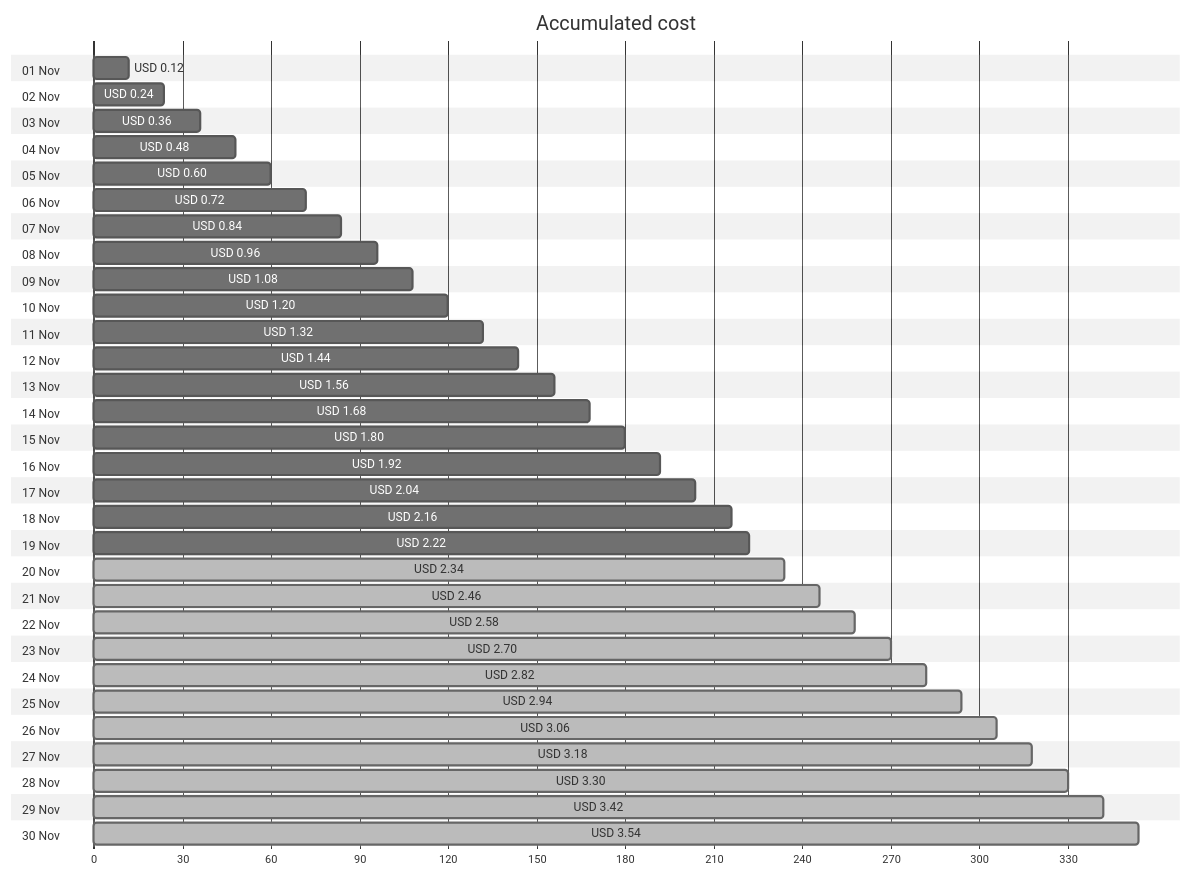
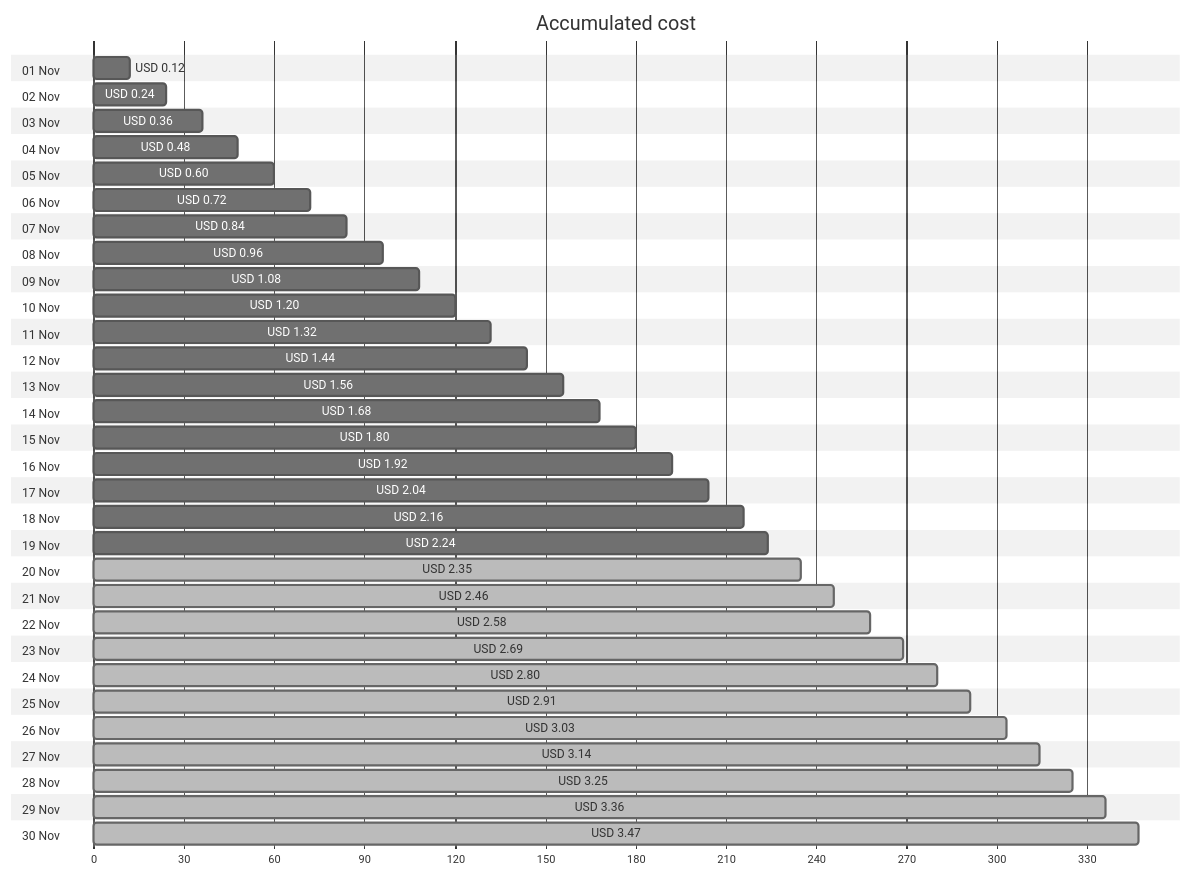
One commit to jpfulton/azure-personal-reports changed the first of 4 diagrams in cost-reports/personal-network/backup-server-public-ip.md. Above: the diagram before and after it, drawn with Mermaid (neutral theme). The commit also changed other lines of this file and 8 other files, not shown here.

````diff
--- a/cost-reports/personal-network/backup-server-public-ip.md
+++ b/cost-reports/personal-network/backup-server-public-ip.md
@@ -20,66 +20,66 @@
 ```mermaid
 gantt
    title Accumulated cost
    dateFormat  X
    axisFormat %s
    section 01 Nov
    USD 0.12 :0, 12
    section 02 Nov
    USD 0.24 :0, 24
    section 03 Nov
    USD 0.36 :0, 36
    section 04 Nov
    USD 0.48 :0, 48
    section 05 Nov
    USD 0.60 :0, 60
    section 06 Nov
    USD 0.72 :0, 72
    section 07 Nov
    USD 0.84 :0, 84
    section 08 Nov
    USD 0.96 :0, 96
    section 09 Nov
    USD 1.08 :0, 108
    section 10 Nov
    USD 1.20 :0, 120
    section 11 Nov
    USD 1.32 :0, 132
    section 12 Nov
    USD 1.44 :0, 144
    section 13 Nov
    USD 1.56 :0, 156
    section 14 Nov
    USD 1.68 :0, 168
    section 15 Nov
    USD 1.80 :0, 180
    section 16 Nov
    USD 1.92 :0, 192
    section 17 Nov
    USD 2.04 :0, 204
    section 18 Nov
    USD 2.16 :0, 216
    section 19 Nov
-   USD 2.22 :0, 222
+   USD 2.24 :0, 224
    section 20 Nov
-   USD 2.34 : done, 0, 234
+   USD 2.35 : done, 0, 235
    section 21 Nov
    USD 2.46 : done, 0, 246
    section 22 Nov
    USD 2.58 : done, 0, 258
    section 23 Nov
-   USD 2.70 : done, 0, 270
+   USD 2.69 : done, 0, 269
    section 24 Nov
-   USD 2.82 : done, 0, 282
+   USD 2.80 : done, 0, 280
    section 25 Nov
-   USD 2.94 : done, 0, 294
+   USD 2.91 : done, 0, 291
    section 26 Nov
-   USD 3.06 : done, 0, 306
+   USD 3.03 : done, 0, 303
    section 27 Nov
-   USD 3.18 : done, 0, 318
+   USD 3.14 : done, 0, 314
    section 28 Nov
-   USD 3.30 : done, 0, 330
+   USD 3.25 : done, 0, 325
    section 29 Nov
-   USD 3.42 : done, 0, 342
+   USD 3.36 : done, 0, 336
    section 30 Nov
-   USD 3.54 : done, 0, 354
+   USD 3.47 : done, 0, 347
 ```
````
